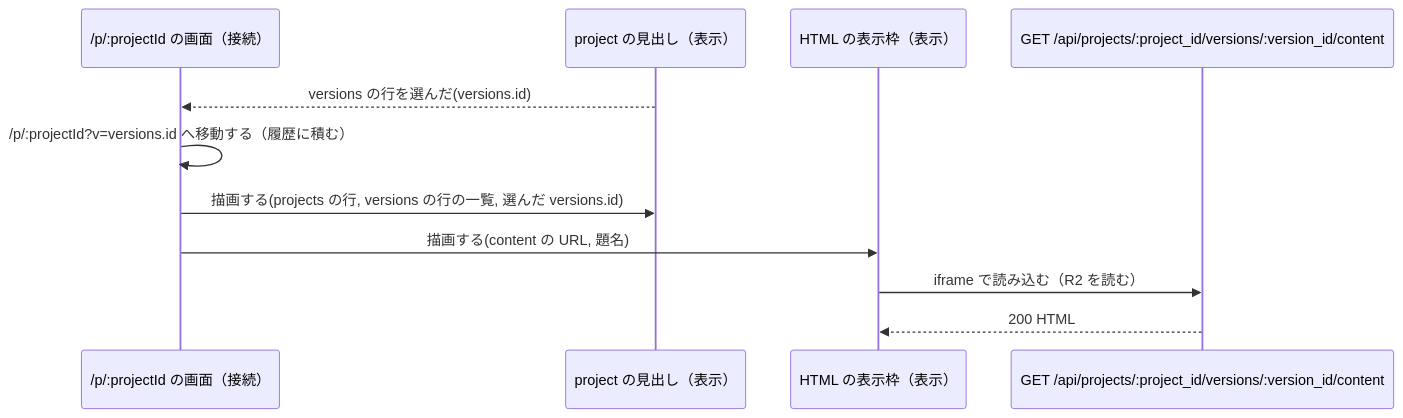
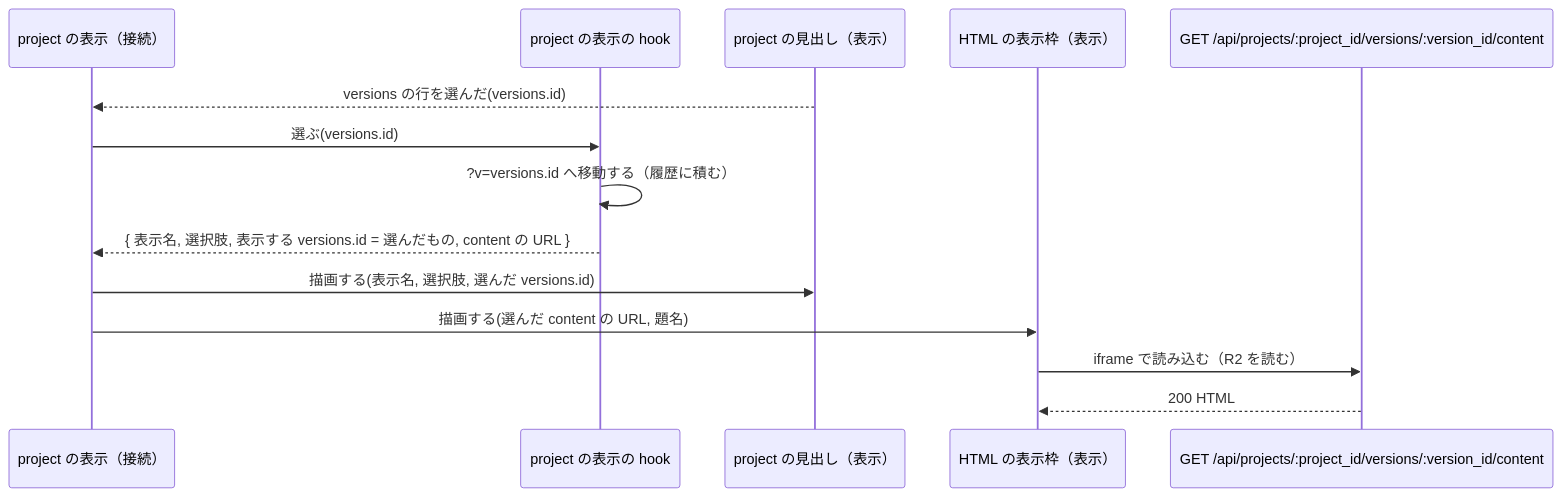
The sixth of 11 diagrams in docs/superpowers/specs/2026-10-06-owner-viewer-design/README.md (taiki-kuraishi/karibari), drawn with Mermaid before and after one commit. The commit also changed other lines of this file and 17 other files, not shown here.

````diff
--- a/docs/superpowers/specs/2026-10-06-owner-viewer-design/README.md
+++ b/docs/superpowers/specs/2026-10-06-owner-viewer-design/README.md
@@ -138,13 +182,16 @@
 ```mermaid
 sequenceDiagram
-  participant Page as /p/:projectId の画面（接続）
+  participant View as project の表示（接続）
+  participant Hook as project の表示の hook
   participant Head as project の見出し（表示）
   participant Frame as HTML の表示枠（表示）
   participant Content as GET /api/projects/:project_id/versions/:version_id/content
-  Head-->>Page: versions の行を選んだ(versions.id)
-  Page->>Page: /p/:projectId?v=versions.id へ移動する（履歴に積む）
-  Page->>Head: 描画する(projects の行, versions の行の一覧, 選んだ versions.id)
-  Page->>Frame: 描画する(content の URL, 題名)
+  Head-->>View: versions の行を選んだ(versions.id)
+  View->>Hook: 選ぶ(versions.id)
+  Hook->>Hook: ?v=versions.id へ移動する（履歴に積む）
+  Hook-->>View: { 表示名, 選択肢, 表示する versions.id = 選んだもの, content の URL }
+  View->>Head: 描画する(表示名, 選択肢, 選んだ versions.id)
+  View->>Frame: 描画する(選んだ content の URL, 題名)
   Frame->>Content: iframe で読み込む（R2 を読む）
   Content-->>Frame: 200 HTML
 ```
````
